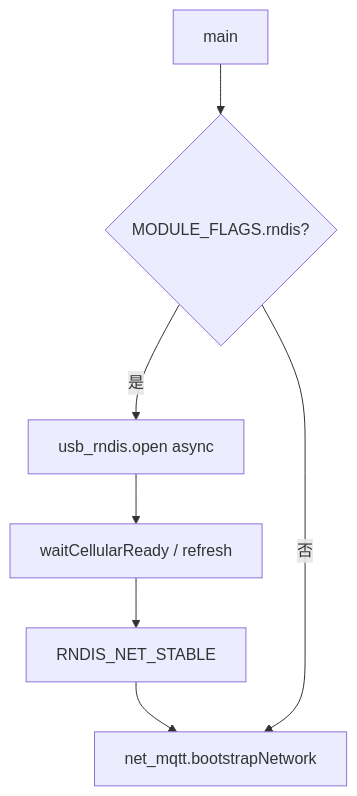
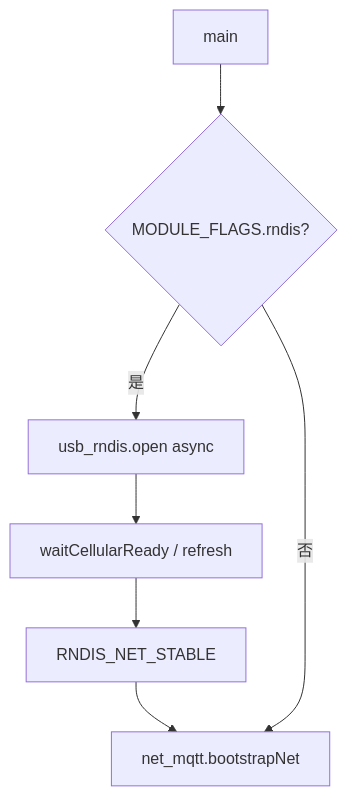
The diagram in doc/modules/USB_RNDIS_FLOW.md (dzr1986/AIR780EHM), drawn with Mermaid before and after one commit. The commit also changed 84 other files, not shown here.

````diff
--- a/doc/modules/USB_RNDIS_FLOW.md
+++ b/doc/modules/USB_RNDIS_FLOW.md
@@ -20,9 +20,9 @@
 ```mermaid
 flowchart TD
     M[main] --> R{MODULE_FLAGS.rndis?}
     R -->|是| O[usb_rndis.open async]
     O --> W[waitCellularReady / refresh]
     W --> S[RNDIS_NET_STABLE]
-    S --> N[net_mqtt.bootstrapNetwork]
+    S --> N[net_mqtt.bootstrapNet]
     R -->|否| N
 ```
````
